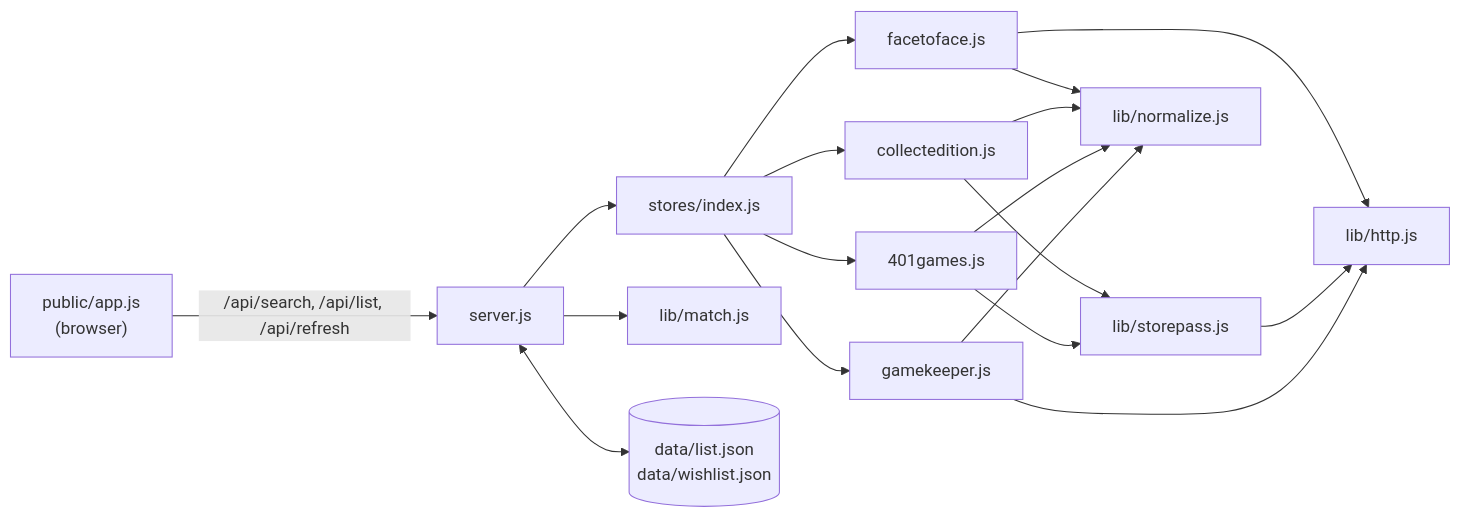
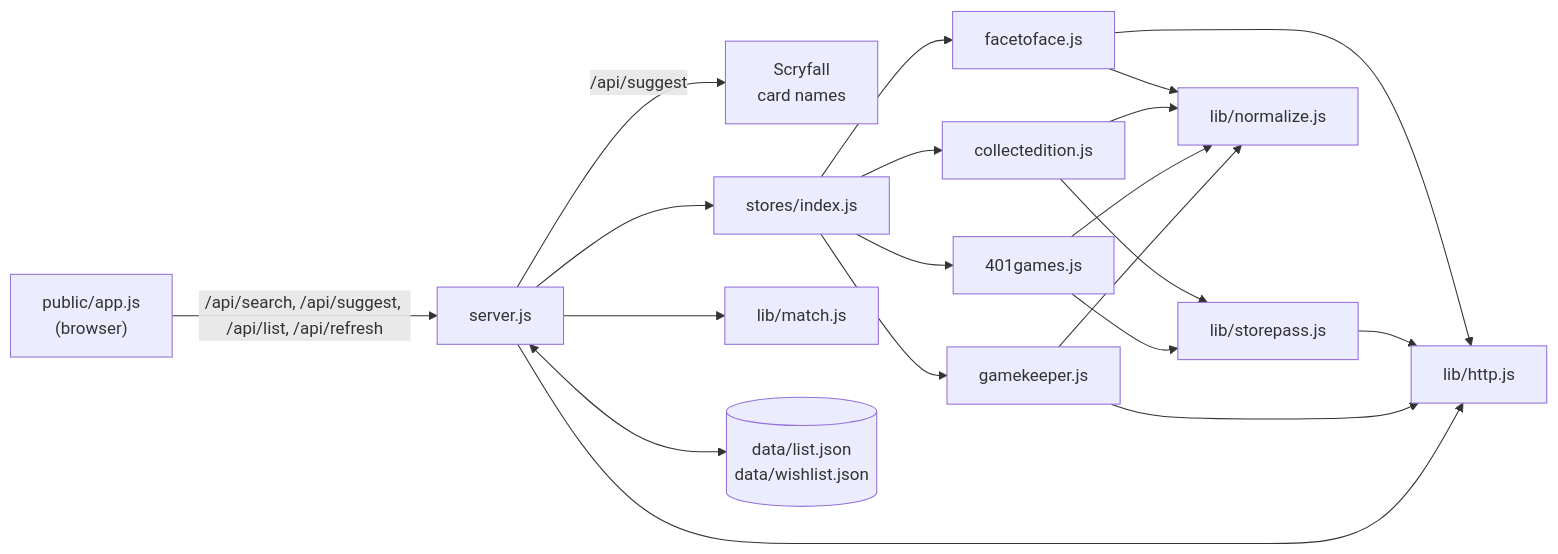
The diagram in docs/ARCHITECTURE.md (bordy82/mtg-price-checker), drawn with Mermaid before and after one commit. The commit also changed other lines of this file and 6 other files, not shown here.

````diff
--- a/docs/ARCHITECTURE.md
+++ b/docs/ARCHITECTURE.md
@@ -7,14 +7,15 @@
 ```mermaid
 flowchart LR
-  UI["public/app.js<br/>(browser)"] -- "/api/search, /api/list, /api/refresh" --> S["server.js"]
+  UI["public/app.js<br/>(browser)"] -- "/api/search, /api/suggest, /api/list, /api/refresh" --> S["server.js"]
+  S -- "/api/suggest" --> SF["Scryfall<br/>card names"]
   S --> R["stores/index.js"]
   R --> F["facetoface.js"]
   R --> C["collectedition.js"]
   R --> Q["401games.js"]
   R --> G["gamekeeper.js"]
   C & Q --> SP["lib/storepass.js"]
   F & C & Q & G --> N["lib/normalize.js"]
-  F & SP & G --> H["lib/http.js"]
+  F & SP & G & S --> H["lib/http.js"]
   S --> M["lib/match.js"]
   S <--> D[("data/list.json<br/>data/wishlist.json")]
 ```
````
